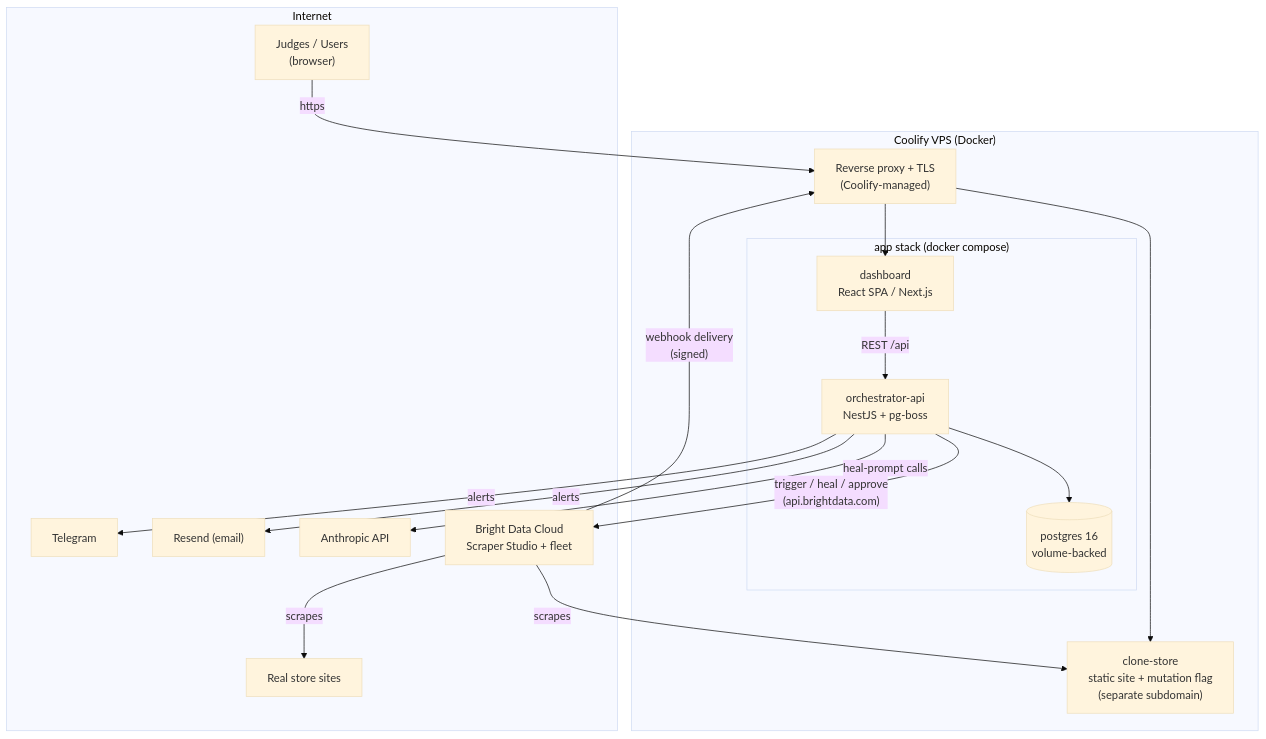
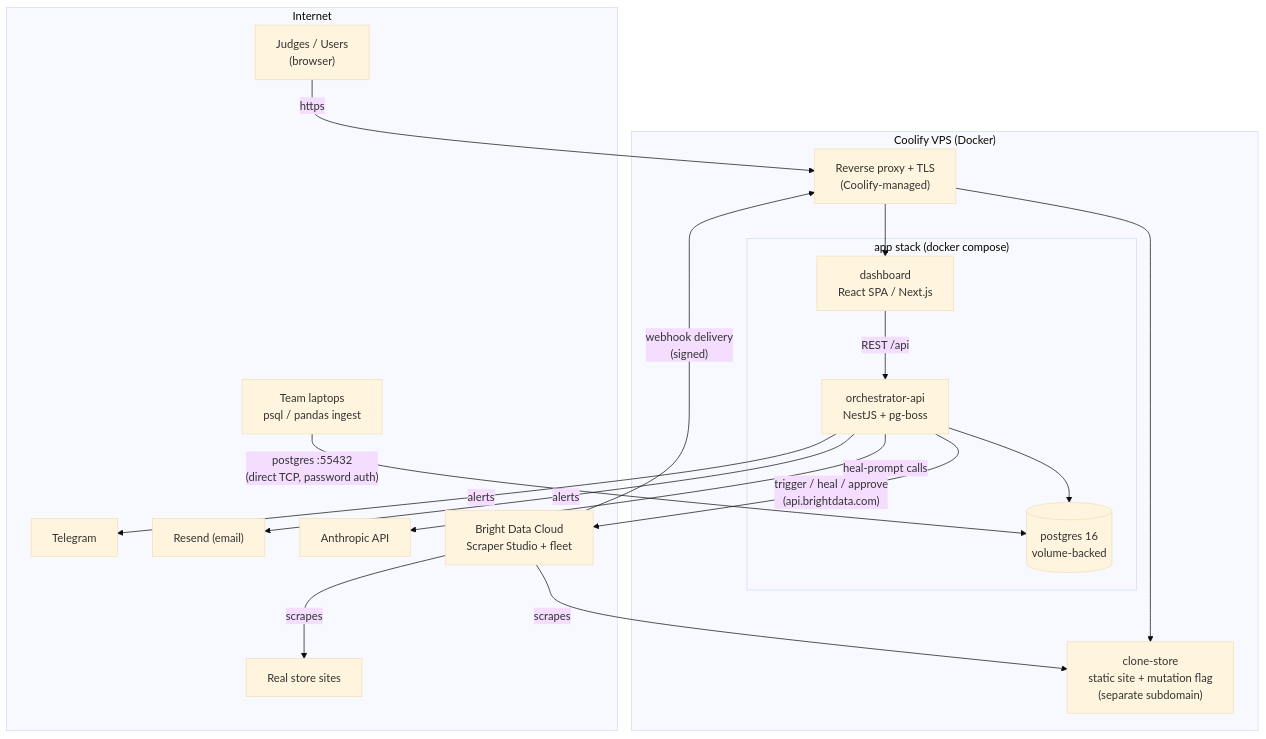
The diagram in docs/diagrams/deployment.mmd (spencerjireh/basketwatch), drawn with Mermaid (base theme) before and after one commit. The commit also changed 12 other files, not shown here.

```diff
--- a/docs/diagrams/deployment.mmd
+++ b/docs/diagrams/deployment.mmd
@@ -1,32 +1,34 @@
 flowchart TB
     subgraph INET["Internet"]
         JUDGE["Judges / Users<br/>(browser)"]
         TG["Telegram"]
         RESEND["Resend (email)"]
         ANTHROPIC["Anthropic API"]
         BDCLOUD["Bright Data Cloud<br/>Scraper Studio + fleet"]
         STORES["Real store sites"]
+        TEAM["Team laptops<br/>psql / pandas ingest"]
     end
 
     subgraph COOLIFY["Coolify VPS (Docker)"]
         PROXY["Reverse proxy + TLS<br/>(Coolify-managed)"]
         subgraph APP["app stack (docker compose)"]
             WEB["dashboard<br/>React SPA / Next.js"]
             APIC["orchestrator-api<br/>NestJS + pg-boss"]
             PG[("postgres 16<br/>volume-backed")]
         end
         CLONE["clone-store<br/>static site + mutation flag<br/>(separate subdomain)"]
     end
 
     JUDGE -->|https| PROXY
     PROXY --> WEB
     PROXY --> CLONE
     WEB -->|REST /api| APIC
     APIC --> PG
     APIC -->|"trigger / heal / approve<br/>(api.brightdata.com)"| BDCLOUD
     BDCLOUD -->|"webhook delivery<br/>(signed)"| PROXY
     BDCLOUD -->|scrapes| STORES
     BDCLOUD -->|scrapes| CLONE
     APIC -->|heal-prompt calls| ANTHROPIC
     APIC -->|alerts| RESEND
     APIC -->|alerts| TG
+    TEAM -->|"postgres :55432<br/>(direct TCP, password auth)"| PG
```
